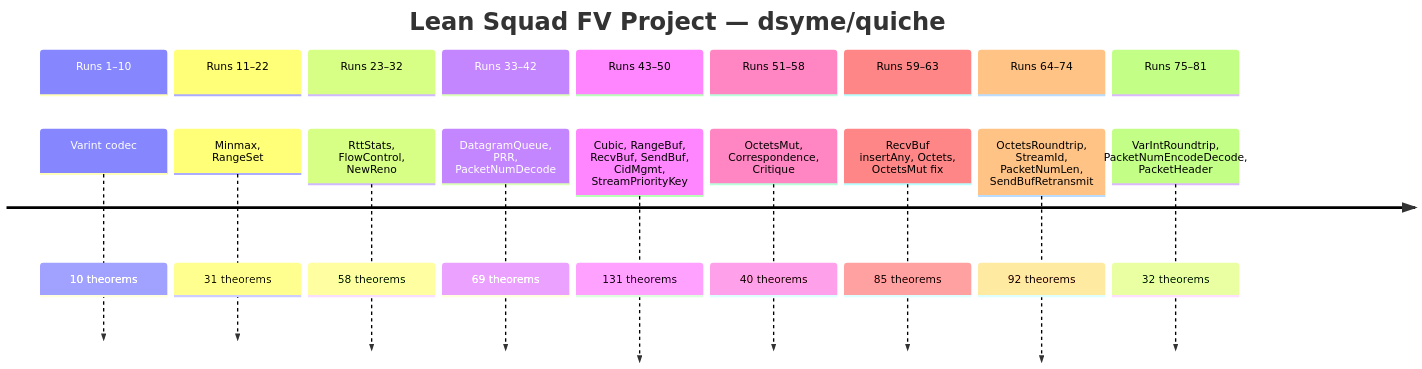
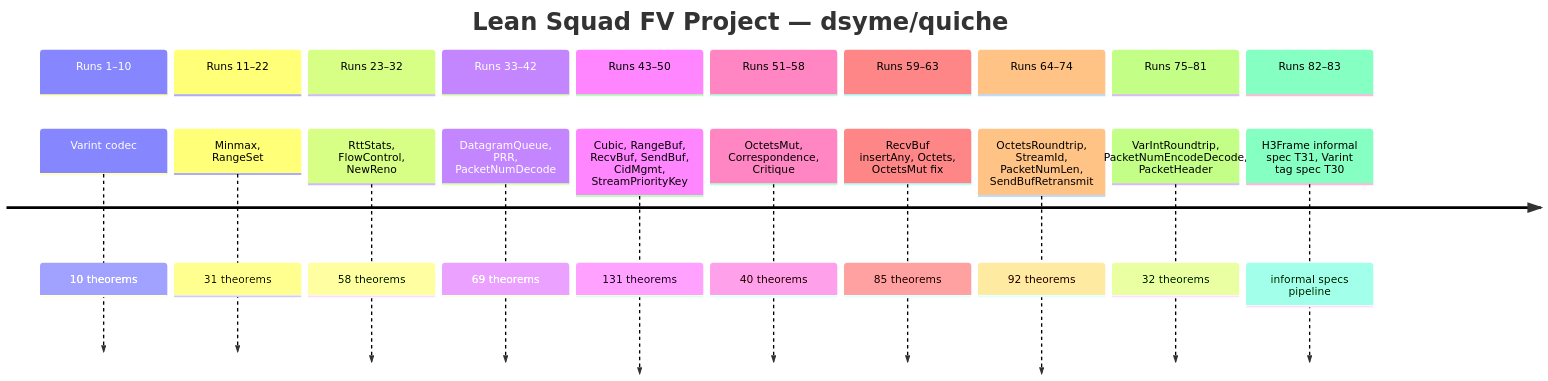
The seventh of 7 diagrams in formal-verification/REPORT.md (dsyme/quiche), drawn with Mermaid before and after one commit. The commit also changed other lines of this file and 1 other file, not shown here.

First line of the commit message:
feat(fv): Task 2 varint 2-bit tag informal spec (T30) + Task 10 REPORT update (run 83)

````diff
--- a/formal-verification/REPORT.md
+++ b/formal-verification/REPORT.md
@@ -310,22 +320,24 @@
 ```mermaid
 timeline
     title Lean Squad FV Project — dsyme/quiche
     section Runs 1–10
         Varint codec : 10 theorems
     section Runs 11–22
         Minmax, RangeSet : 31 theorems
     section Runs 23–32
         RttStats, FlowControl, NewReno : 58 theorems
     section Runs 33–42
         DatagramQueue, PRR, PacketNumDecode : 69 theorems
     section Runs 43–50
         Cubic, RangeBuf, RecvBuf, SendBuf, CidMgmt, StreamPriorityKey : 131 theorems
     section Runs 51–58
         OctetsMut, Correspondence, Critique : 40 theorems
     section Runs 59–63
         RecvBuf insertAny, Octets, OctetsMut fix : 85 theorems
     section Runs 64–74
         OctetsRoundtrip, StreamId, PacketNumLen, SendBufRetransmit : 92 theorems
     section Runs 75–81
         VarIntRoundtrip, PacketNumEncodeDecode, PacketHeader : 32 theorems
+    section Runs 82–83
+        H3Frame informal spec T31, Varint tag spec T30 : informal specs pipeline
 ```
````
